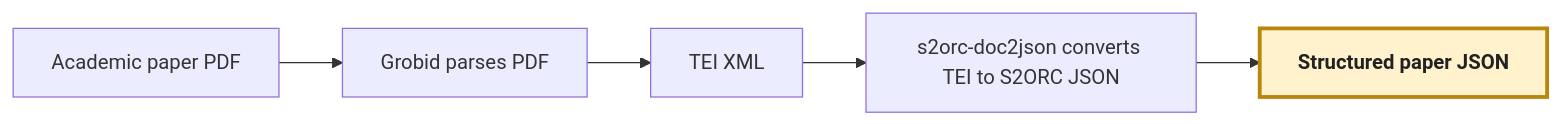
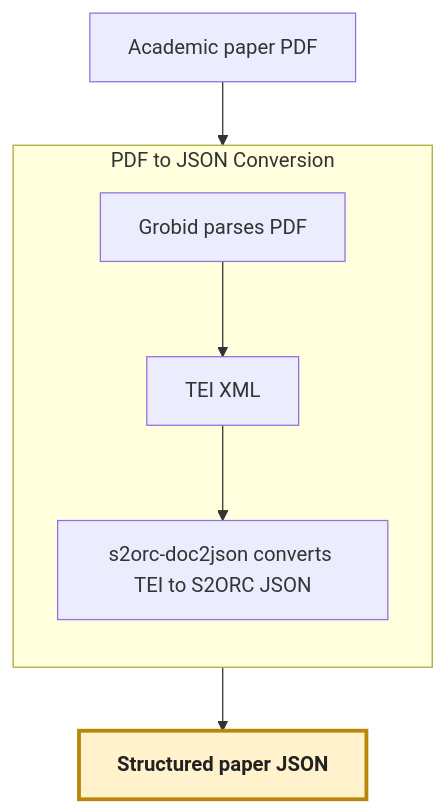
Before and after one commit to jimthompson5802/paper2code-ple: the first of 6 diagrams in README.md, drawn with Mermaid.

Commit message:
Refactor PDF conversion flowchart in README.md for improved clarity and structure

````diff
--- a/README.md
+++ b/README.md
@@ -74,6 +74,13 @@
 ```mermaid
-flowchart LR
-  pdf[Academic paper PDF] --> grobid[Grobid parses PDF] --> tei[TEI XML] --> convert[s2orc-doc2json converts TEI to S2ORC JSON] --> json[Structured paper JSON]
+flowchart TB
+  pdf[Academic paper PDF]
+  subgraph pdf2json["PDF to JSON Conversion"]
+    direction TB
+     grobid[Grobid parses PDF] --> tei[TEI XML] --> convert[s2orc-doc2json converts TEI to S2ORC JSON] 
+  end
+  json[Structured paper JSON]
+  pdf --> grobid
+  convert --> json
   classDef transition fill:#fff2cc,stroke:#b8860b,stroke-width:3px,color:#222,font-weight:bold
   class json transition
 ```
````
